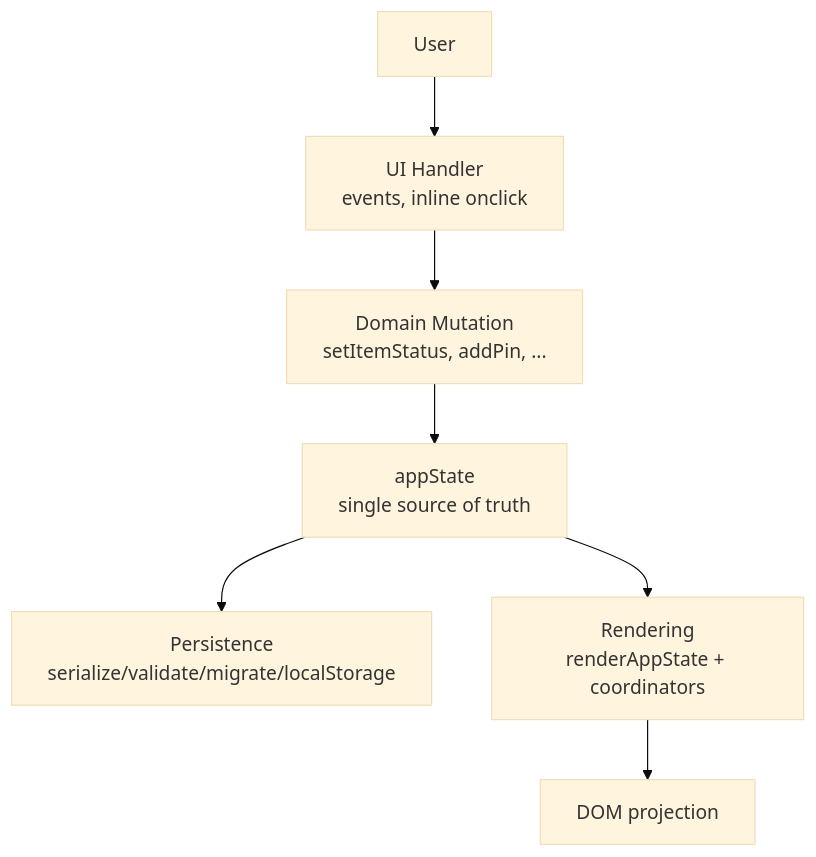
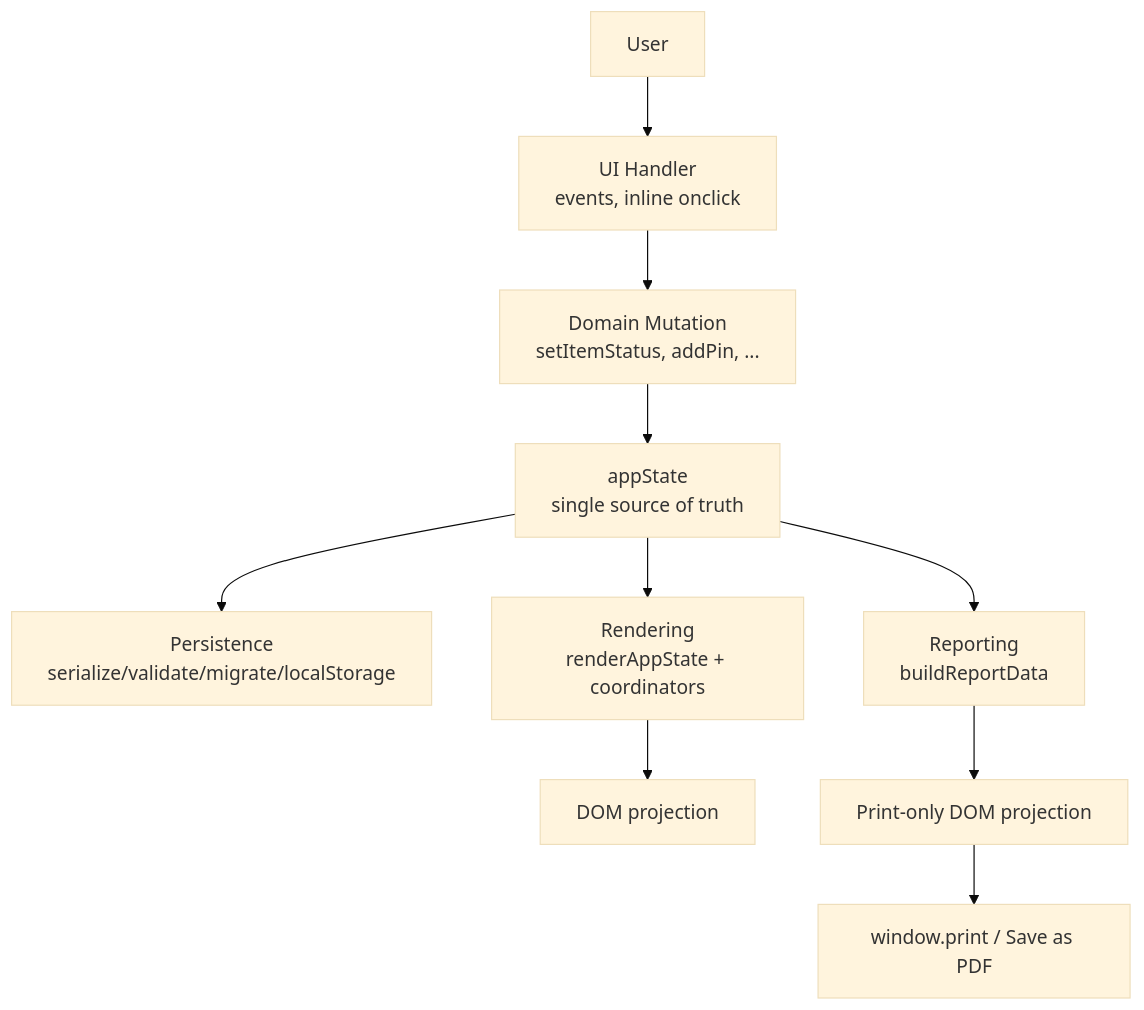
One commit to samantharissicy/artwork-checklist changed the first of 2 diagrams in docs/architecture/architecture-overview.md. Above: the diagram before and after it, drawn with Mermaid (base theme). The commit also changed other lines of this file and 33 other files, not shown here.

Commit message:
feat: implement state-derived print report system and establish architectural documentation suite

````diff
--- a/docs/architecture/architecture-overview.md
+++ b/docs/architecture/architecture-overview.md
@@ -11,9 +11,12 @@
 ```mermaid
 flowchart TD
   User --> UI[UI Handler<br/>events, inline onclick]
   UI --> Domain[Domain Mutation<br/>setItemStatus, addPin, ...]
   Domain --> State[appState<br/>single source of truth]
   State --> Persistence[Persistence<br/>serialize/validate/migrate/localStorage]
   State --> Render[Rendering<br/>renderAppState + coordinators]
+  State --> Report[Reporting<br/>buildReportData]
   Render --> DOM[DOM projection]
+  Report --> PrintDOM[Print-only DOM projection]
+  PrintDOM --> NativePrint[window.print / Save as PDF]
 ```
````
